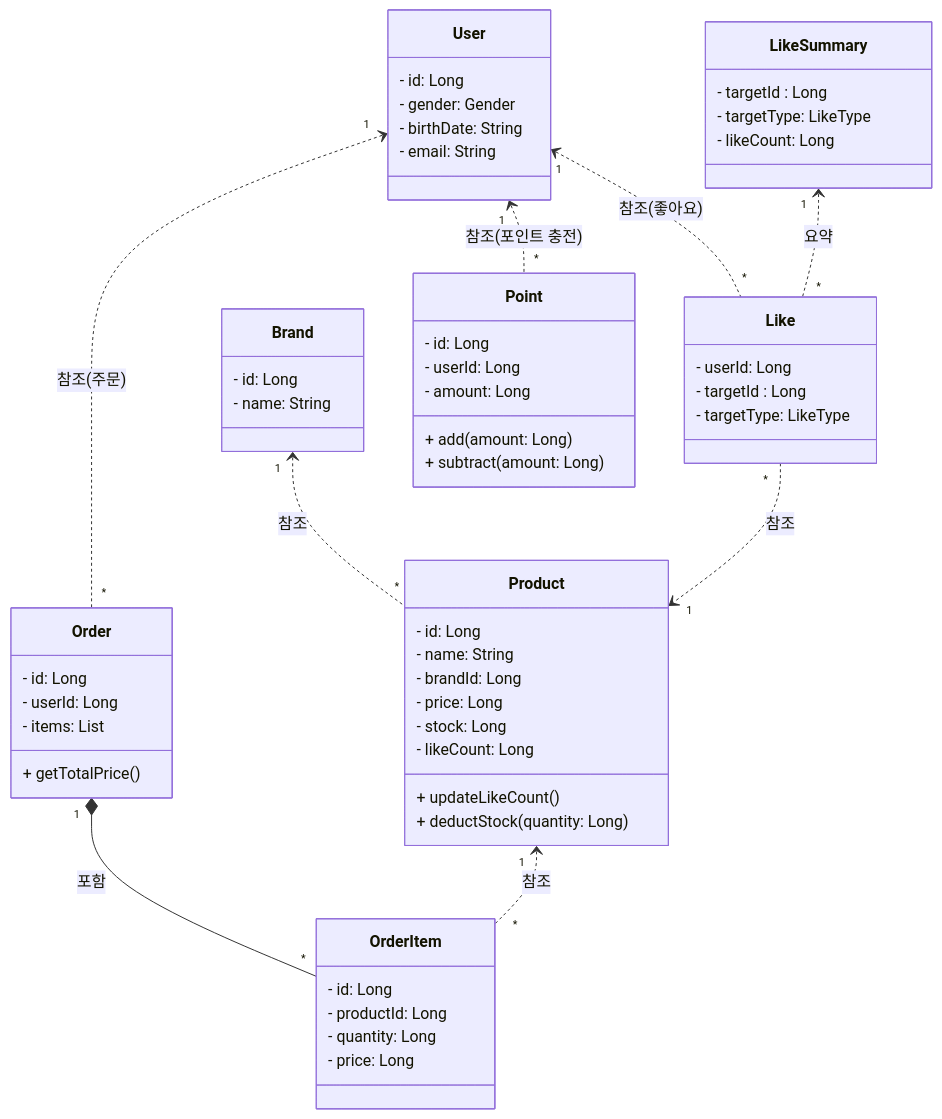
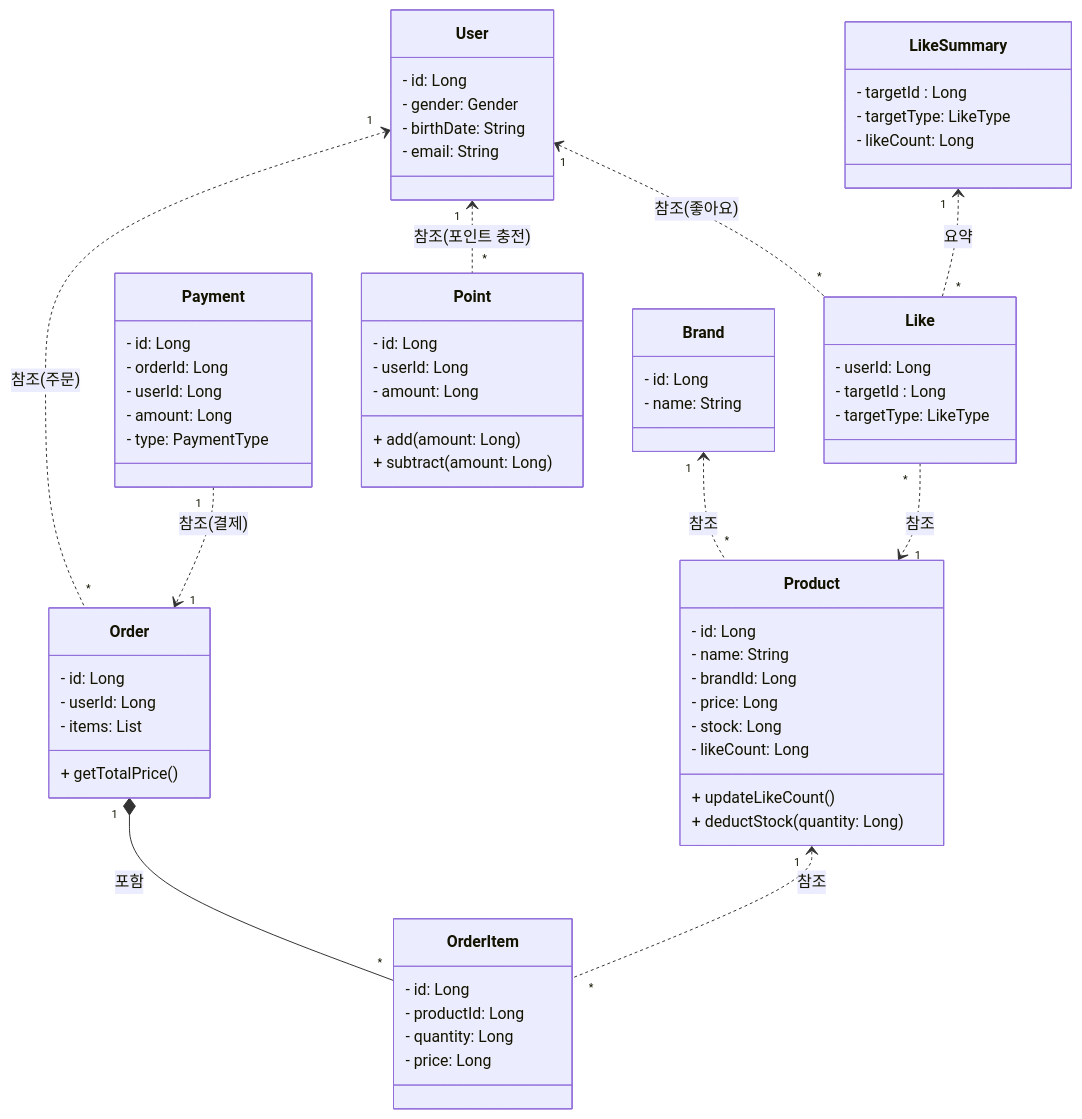
The first of 2 diagrams in docs/design/03-class-diagrams.md (Iol-lshh/loopers_be_practice_byjava), drawn with Mermaid before and after one commit. The commit also changed other lines of this file and 70 other files, not shown here.

````diff
--- a/docs/design/03-class-diagrams.md
+++ b/docs/design/03-class-diagrams.md
@@ -8,67 +8,76 @@
 ```mermaid
 classDiagram
     class Brand {
         - id: Long
         - name: String
     }
 
     class Product {
         - id: Long
         - name: String
         - brandId: Long
         - price: Long
         - stock: Long
         - likeCount: Long
         + updateLikeCount()
         + deductStock(quantity: Long)
     }
     Brand "1" <.. "*" Product: 참조
 
     class Like {
         - userId: Long
         - targetId : Long
         - targetType: LikeType
     }
     User "1" <.. "*" Like: 참조(좋아요)
     Like "*" ..> "1" Product: 참조
     
     class LikeSummary {
         - targetId : Long
         - targetType: LikeType
         - likeCount: Long
     }
     LikeSummary "1" <.. "*" Like: 요약
 
     class User {
         - id: Long
         - gender: Gender
         - birthDate: String
         - email: String
     }
     
     class Point {
         - id: Long
         - userId: Long
         - amount: Long
         + add(amount: Long)
         + subtract(amount: Long)
     }
     User "1" <.. "*" Point: 참조(포인트 충전)
 
     class Order {
         - id: Long
         - userId: Long    
         - items: List<OrderItem>
         + getTotalPrice()
     }
     Order "1" *-- "*" OrderItem: 포함
     User "1" <.. "*" Order: 참조(주문)
 
     class OrderItem {
         - id: Long
         - productId: Long
         - quantity: Long
         - price: Long
     }
     Product "1" <.. "*" OrderItem: 참조
+    
+    class Payment {
+        - id: Long
+        - orderId: Long
+        - userId: Long
+        - amount: Long
+        - type: PaymentType
+    }
+    Payment "1" ..> "1" Order: 참조(결제)
 ```
````
